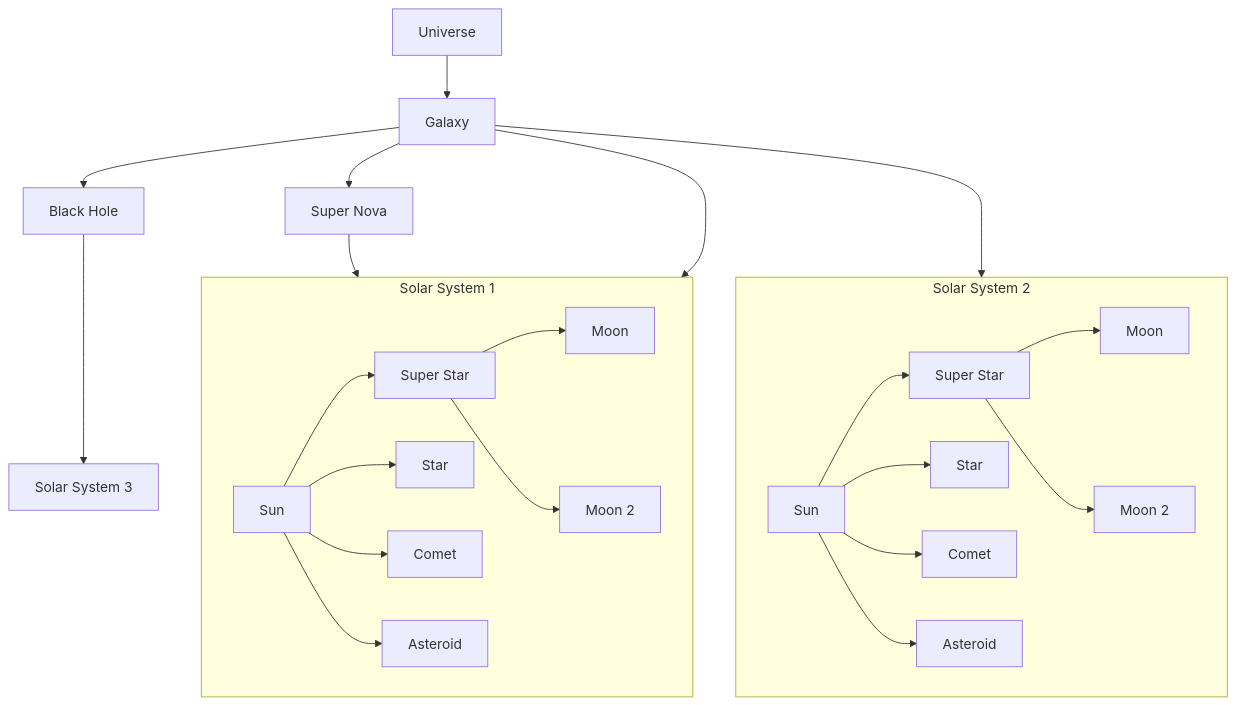
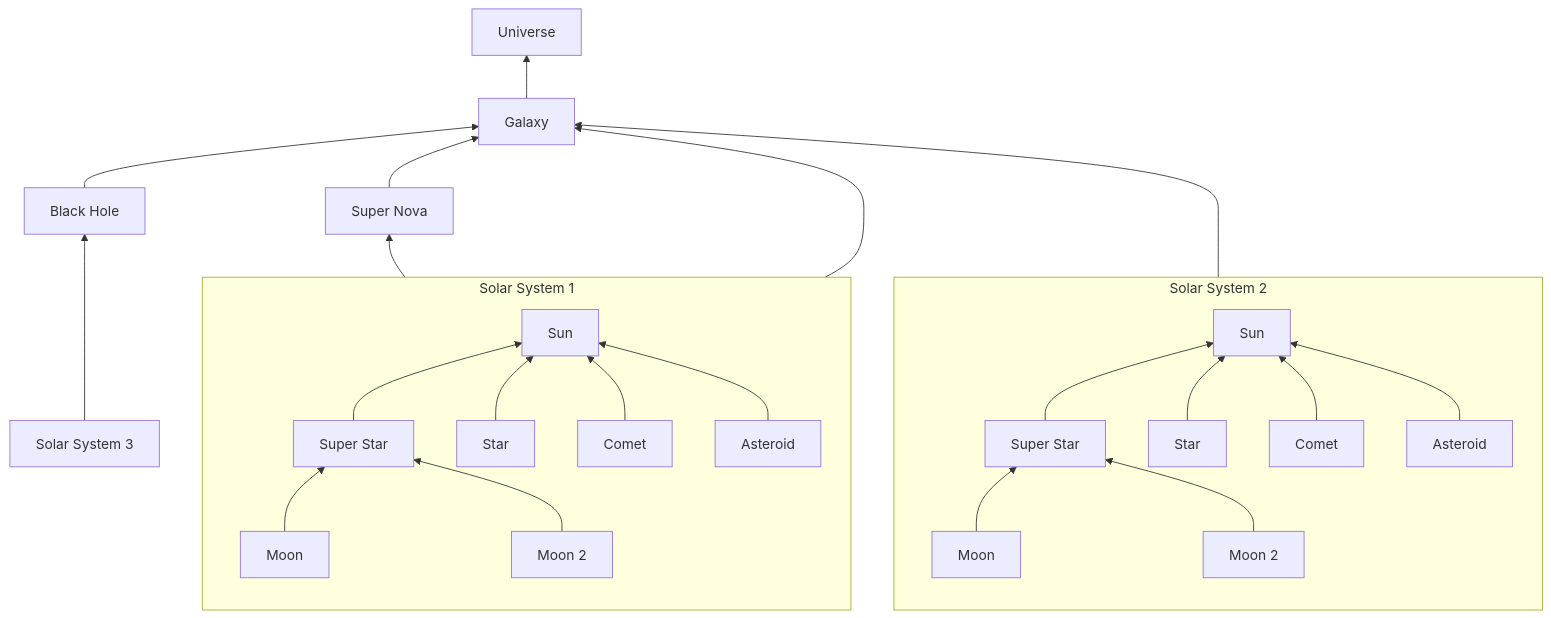
The diagram in README.md (bjornmage/BUF), drawn with Mermaid before and after one commit. The commit also changed other lines of this file, not shown here.

````diff
--- a/README.md
+++ b/README.md
@@ -27,29 +27,30 @@
 ```mermaid 
-graph TD
-A[Universe]-->B[Galaxy]
-B[Galaxy]-->C[Black Hole]
-B[Galaxy]-->D[Super Nova]
-D[Super Nova]-->E[Solar System 1]
-B[Galaxy]--->E[Solar System 1]
-B[Galaxy]--->M[Solar System 2]
-C[Black Hole]-->Z[Solar System 3]
+graph BT
+B[Galaxy]-->A[Universe]
+C[Black Hole]-->B[Galaxy]
+D[Super Nova]-->B[Galaxy]
+E[Solar System 1]-->D[Super Nova]
+E[Solar System 1]--->B[Galaxy]
+M[Solar System 2]--->B[Galaxy]
+Z[Solar System 3]-->C[Black Hole]
+
 subgraph E[Solar System 1]
-F[Sun]-->G[Super Star]
-F[Sun]-->H[Star]
-G[Super Star]-->I[Moon]
-G[Super Star]-->J[Moon 2]
-F[Sun]-->K[Comet]
-F[Sun]-->L[Asteroid]
+direction BT
+G[Super Star]-->F[Sun]
+H[Star]-->F[Sun]
+I[Moon]-->G[Super Star]
+J[Moon 2]-->G[Super Star]
+K[Comet]-->F[Sun]
+L[Asteroid]-->F[Sun]
 end
 
 subgraph M[Solar System 2]
-N[Sun]-->O[Super Star]
-N[Sun]-->P[Star]
-O[Super Star]-->Q[Moon]
-O[Super Star]-->R[Moon 2]
-N[Sun]-->S[Comet]
-N[Sun]-->T[Asteroid]
+direction BT
+O[Super Star]-->N[Sun]
+P[Star]-->N[Sun]
+Q[Moon]-->O[Super Star]
+R[Moon 2]-->O[Super Star]
+S[Comet]-->N[Sun]
+T[Asteroid]-->N[Sun]
 end
-
-
 ```
````
